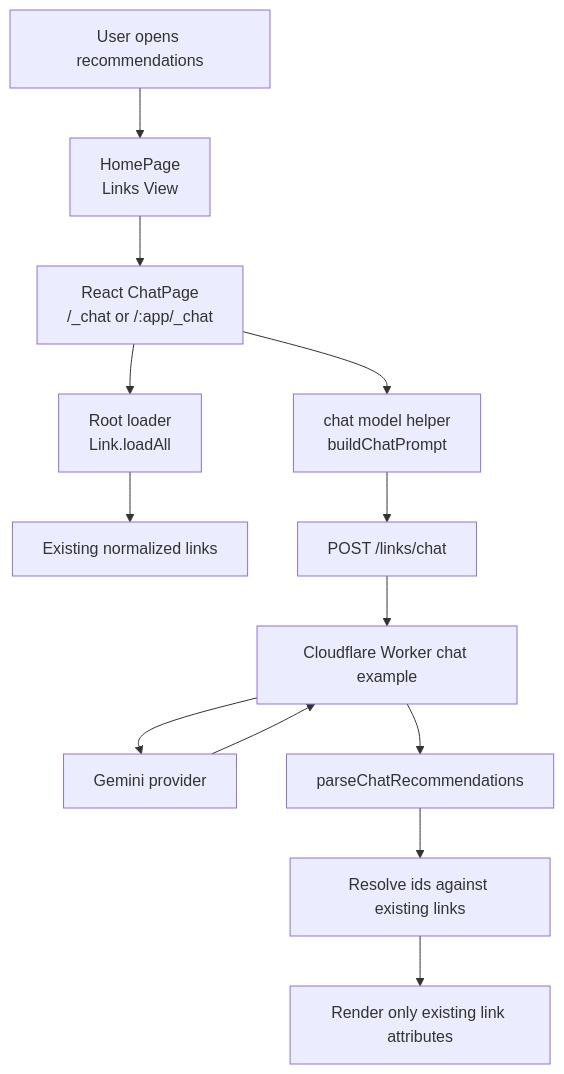
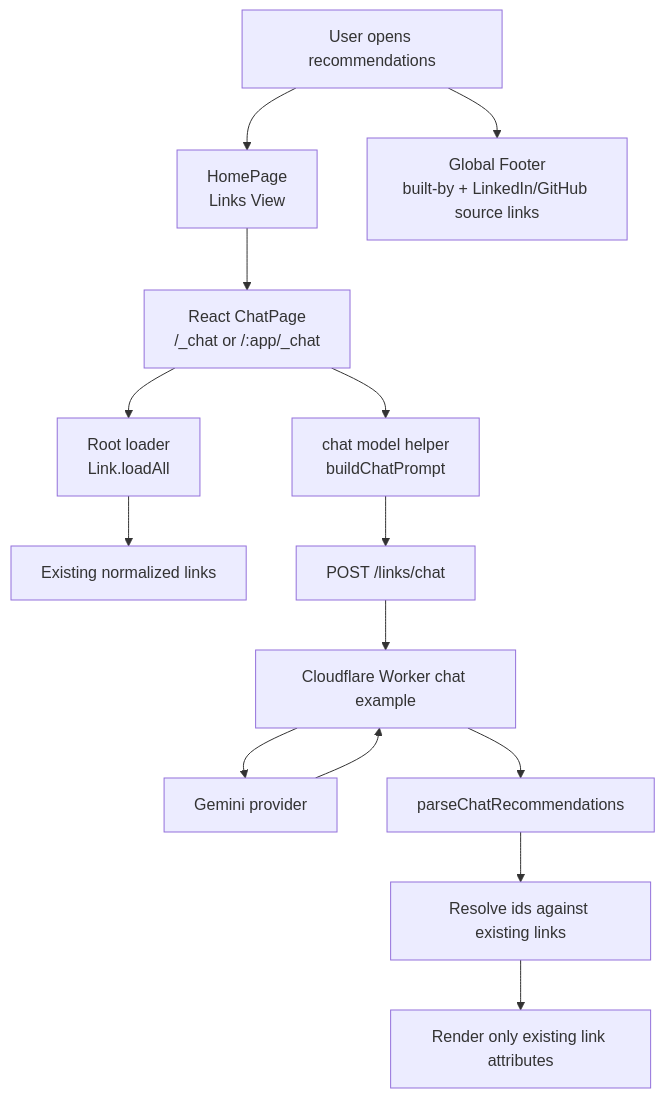
The first of 2 diagrams in architecture.md (johnpfeiffer/links-app), drawn with Mermaid before and after one commit. The commit also changed other lines of this file and 5 other files, not shown here.

First line of the commit message:
add a built-by footer with LinkedIn and GitHub source links

````diff
--- a/architecture.md
+++ b/architecture.md
@@ -7,15 +7,16 @@
 ```mermaid
 flowchart TD
   User["User opens recommendations"] --> Home["HomePage<br/>Links View"]
+  User --> Footer["Global Footer<br/>built-by + LinkedIn/GitHub source links"]
   Home --> UI["React ChatPage<br/>/_chat or /:app/_chat"]
   UI --> Loader["Root loader<br/>Link.loadAll"]
   Loader --> Links["Existing normalized links"]
   UI --> Prompt["chat model helper<br/>buildChatPrompt"]
   Prompt --> API["POST /links/chat"]
   API --> Worker["Cloudflare Worker chat example"]
   Worker --> Provider["Gemini provider"]
   Provider --> Worker
   Worker --> Parser["parseChatRecommendations"]
   Parser --> Validate["Resolve ids against existing links"]
   Validate --> Render["Render only existing link attributes"]
 ```
````
